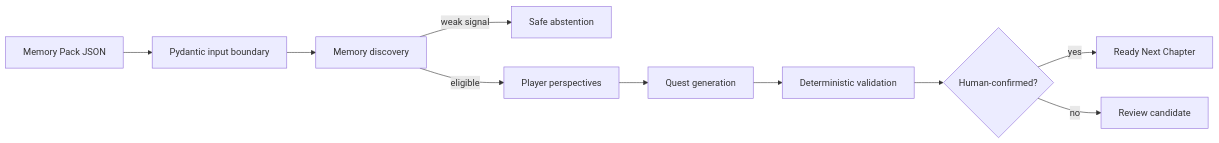
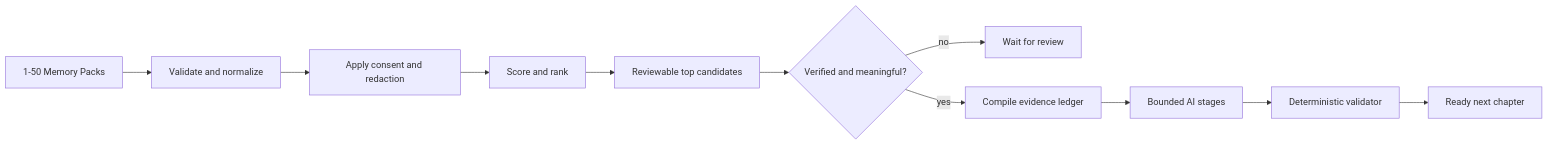
Before and after one commit to yumwoonsen/MemoryOS: the diagram in docs/architecture.md, drawn with Mermaid. The commit also changed other lines of this file and 8 other files, not shown here.

````diff
--- a/docs/architecture.md
+++ b/docs/architecture.md
@@ -8,12 +8,13 @@
 ```mermaid
 flowchart LR
-    A["Memory Pack JSON"] --> B["Pydantic input boundary"]
-    B --> C["Memory discovery"]
-    C -->|"weak signal"| X["Safe abstention"]
-    C -->|"eligible"| D["Player perspectives"]
-    D --> E["Quest generation"]
-    E --> F["Deterministic validation"]
-    F --> G{"Human-confirmed?"}
-    G -->|"yes"| H["Ready Next Chapter"]
-    G -->|"no"| I["Review candidate"]
+    A["1-50 Memory Packs"] --> B["Validate and normalize"]
+    B --> C["Apply consent and redaction"]
+    C --> D["Score and rank"]
+    D --> E["Reviewable top candidates"]
+    E --> F{"Verified and meaningful?"}
+    F -->|"no"| G["Wait for review"]
+    F -->|"yes"| H["Compile evidence ledger"]
+    H --> I["Bounded AI stages"]
+    I --> J["Deterministic validator"]
+    J --> K["Ready next chapter"]
 ```
````
